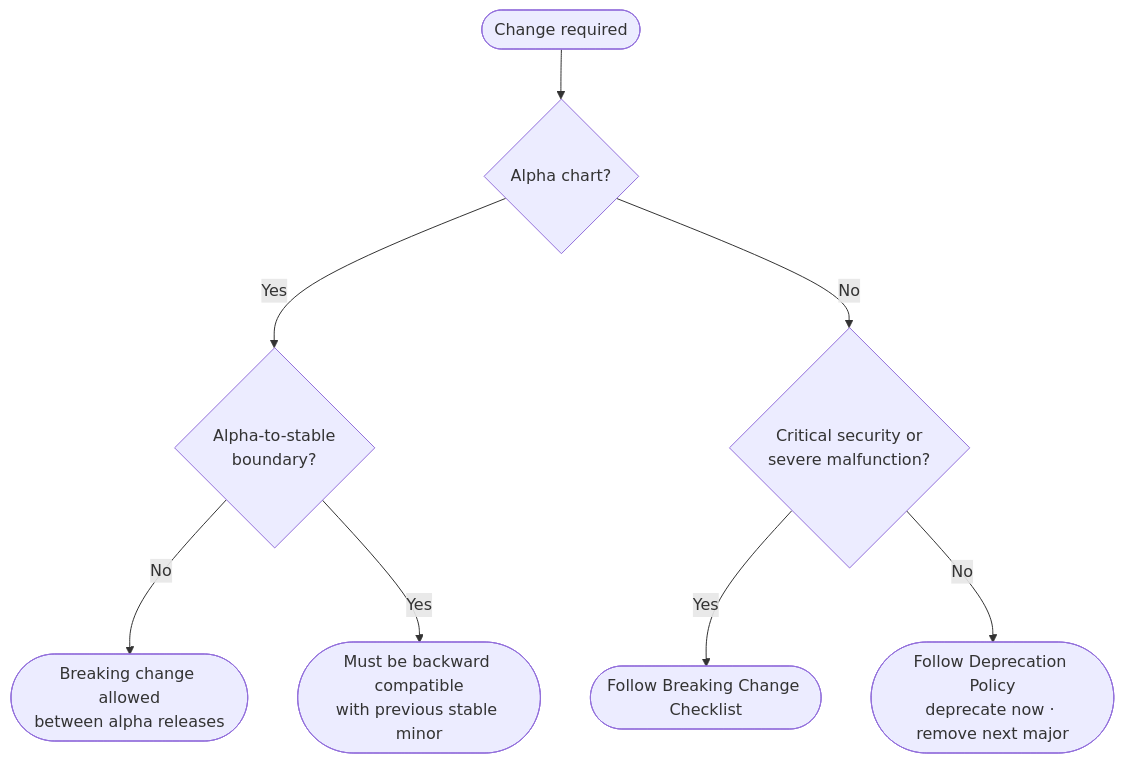
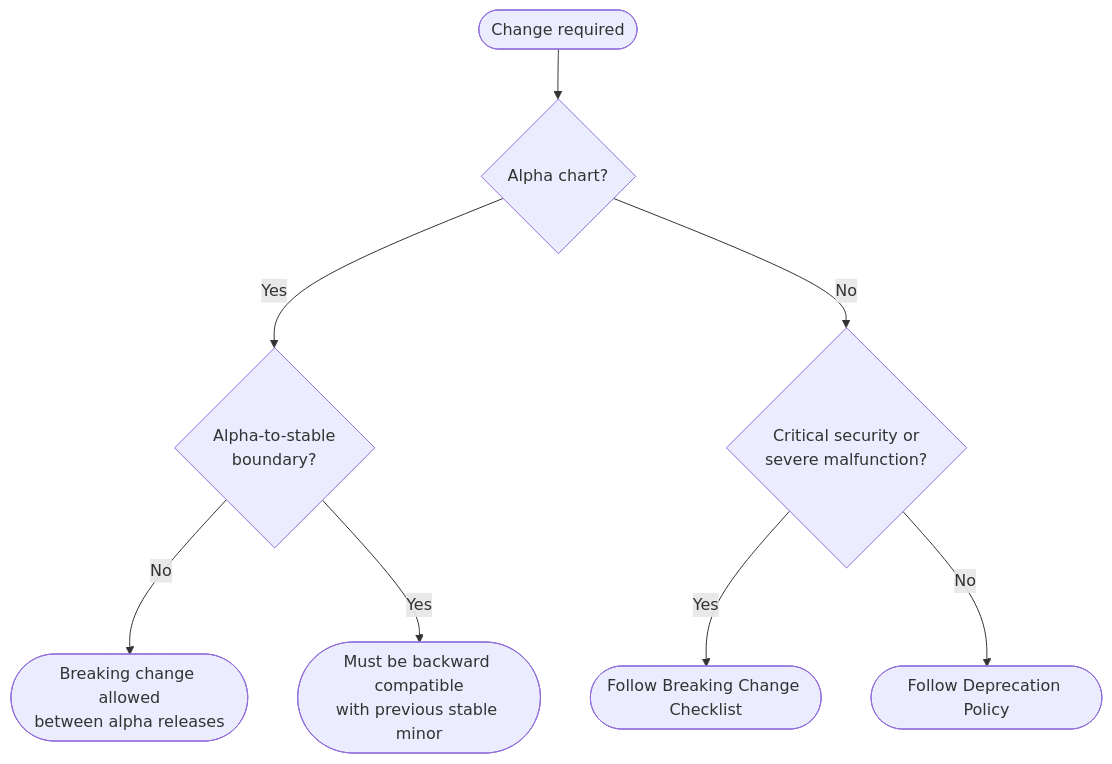
One commit to camunda/camunda-platform-helm changed the diagram in docs/policies/breaking-changes.md. Above: the diagram before and after it, drawn with Mermaid. The commit also changed other lines of this file and 21 other files, not shown here.

Commit message:
fix: align 8.10 deprecation removal targets and policy docs with the Camunda 8 non-public API policy

````diff
--- a/docs/policies/breaking-changes.md
+++ b/docs/policies/breaking-changes.md
@@ -38,10 +38,10 @@
 ```mermaid
 flowchart TD
     Start([Change required]) --> Alpha{Alpha chart?}
     Alpha -- Yes --> AlphaBoundary{Alpha-to-stable\nboundary?}
     AlphaBoundary -- No --> Free([Breaking change allowed\nbetween alpha releases])
     AlphaBoundary -- Yes --> Compat([Must be backward compatible\nwith previous stable minor])
     Alpha -- No --> Critical{Critical security or\nsevere malfunction?}
     Critical -- Yes --> Checklist([Follow Breaking Change Checklist])
-    Critical -- No --> Deprecate([Follow Deprecation Policy\ndeprecate now · remove next major])
+    Critical -- No --> Deprecate([Follow Deprecation Policy])
 ```
````
